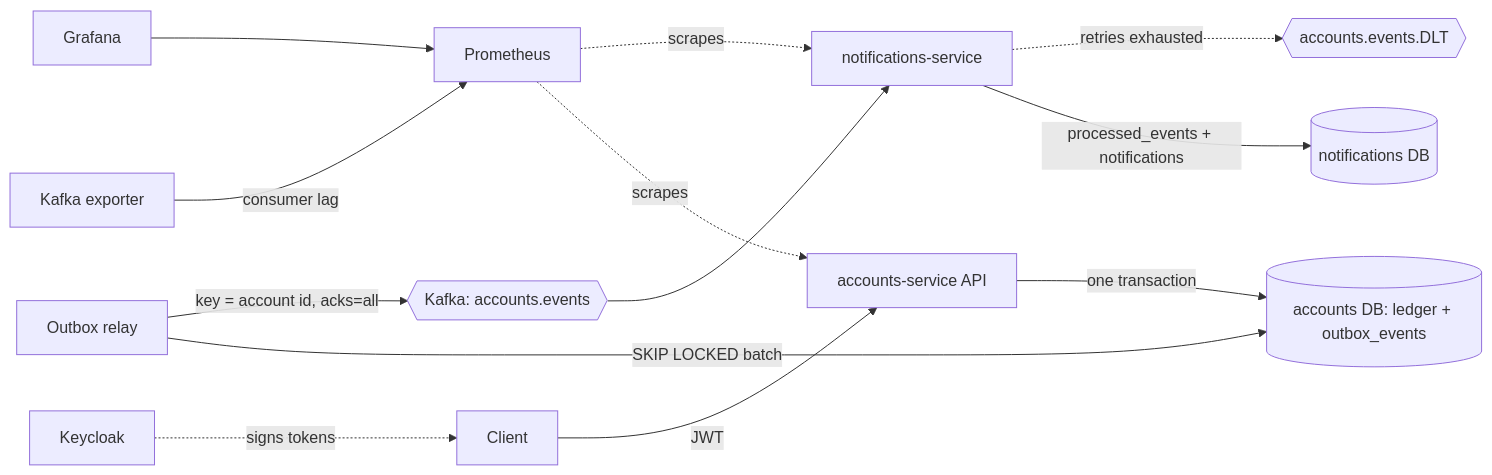
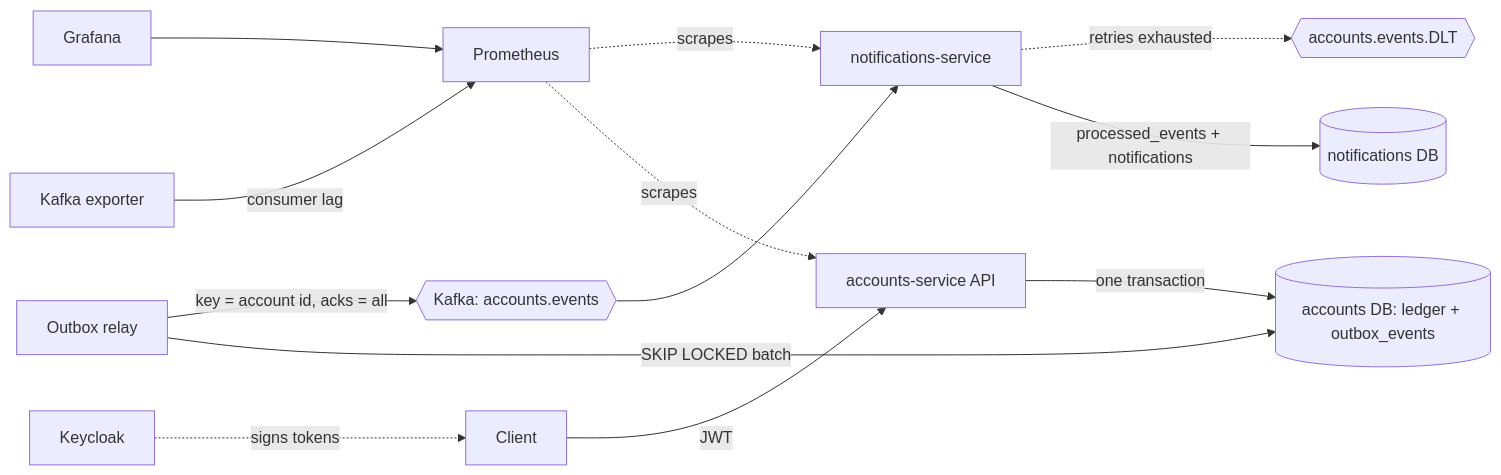
Before and after one commit to aminziarkash/accounts-service: the diagram in README.md, drawn with Mermaid. The commit also changed other lines of this file, not shown here.

Commit message:
docs(readme): add architecture diagrams section

````diff
--- a/README.md
+++ b/README.md
@@ -219,15 +224,15 @@
 ```mermaid
 flowchart LR
     client[Client] -->|JWT| api[accounts-service API]
     kc[Keycloak] -. signs tokens .-> client
     api -->|one transaction| pg[(accounts DB: ledger + outbox_events)]
     relay[Outbox relay] -->|SKIP LOCKED batch| pg
-    relay -->|key = account id, acks=all| kafka{{Kafka: accounts.events}}
+    relay -->|key = account id, acks = all| kafka{{Kafka: accounts.events}}
     kafka --> notif[notifications-service]
     notif -->|processed_events + notifications| npg[(notifications DB)]
     notif -. retries exhausted .-> dlt{{accounts.events.DLT}}
     prom[Prometheus] -. scrapes .-> api
     prom -. scrapes .-> notif
     exporter[Kafka exporter] -->|consumer lag| prom
     graf[Grafana] --> prom
 ```
````
